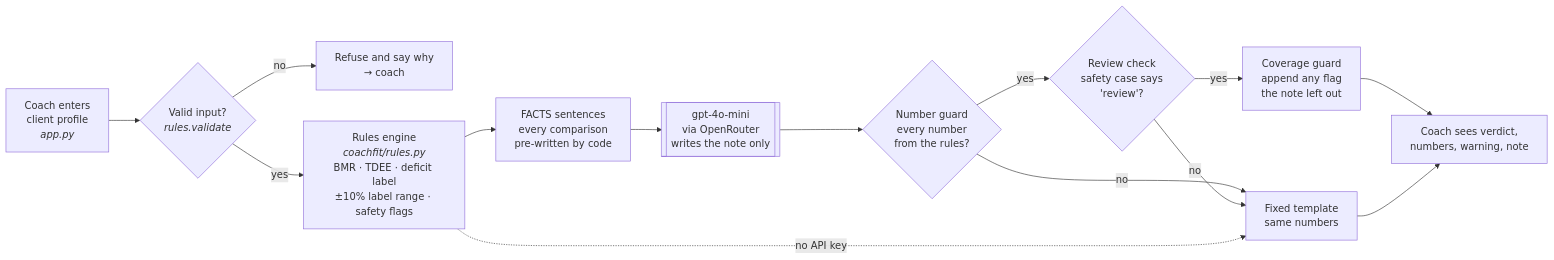
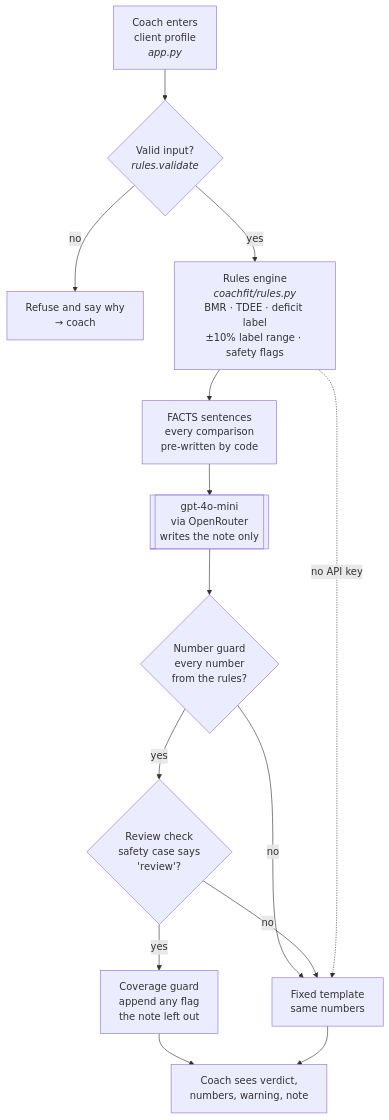
One commit to Lizzy-808/coachfit-cut-assistant changed the diagram in docs/PRODUCT.md. Above: the diagram before and after it, drawn with Mermaid.

Commit message:
PRODUCT.md: architecture diagram top-down so it is legible on GitHub

````diff
--- a/docs/PRODUCT.md
+++ b/docs/PRODUCT.md
@@ -43,16 +43,16 @@
 ```mermaid
-flowchart LR
+flowchart TD
     A[Coach enters<br/>client profile<br/><i>app.py</i>] --> B{Valid input?<br/><i>rules.validate</i>}
     B -- no --> X[Refuse and say why<br/>→ coach]
     B -- yes --> C[Rules engine<br/><i>coachfit/rules.py</i><br/>BMR · TDEE · deficit label<br/>±10% label range · safety flags]
     C --> D[FACTS sentences<br/>every comparison<br/>pre-written by code]
     D --> E[[gpt-4o-mini<br/>via OpenRouter<br/>writes the note only]]
     E --> F{Number guard<br/>every number<br/>from the rules?}
     F -- no --> T[Fixed template<br/>same numbers]
     F -- yes --> G{Review check<br/>safety case says<br/>'review'?}
     G -- no --> T
     G -- yes --> H[Coverage guard<br/>append any flag<br/>the note left out]
     H --> O[Coach sees verdict,<br/>numbers, warning, note]
     T --> O
     C -. no API key .-> T
 ```
````
